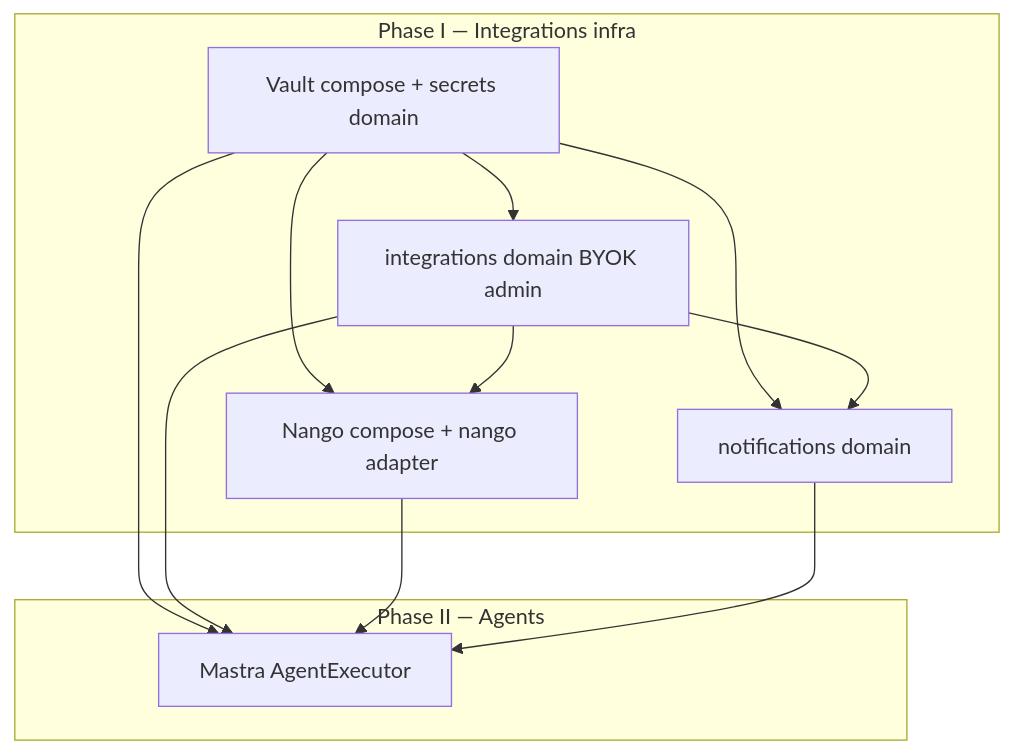
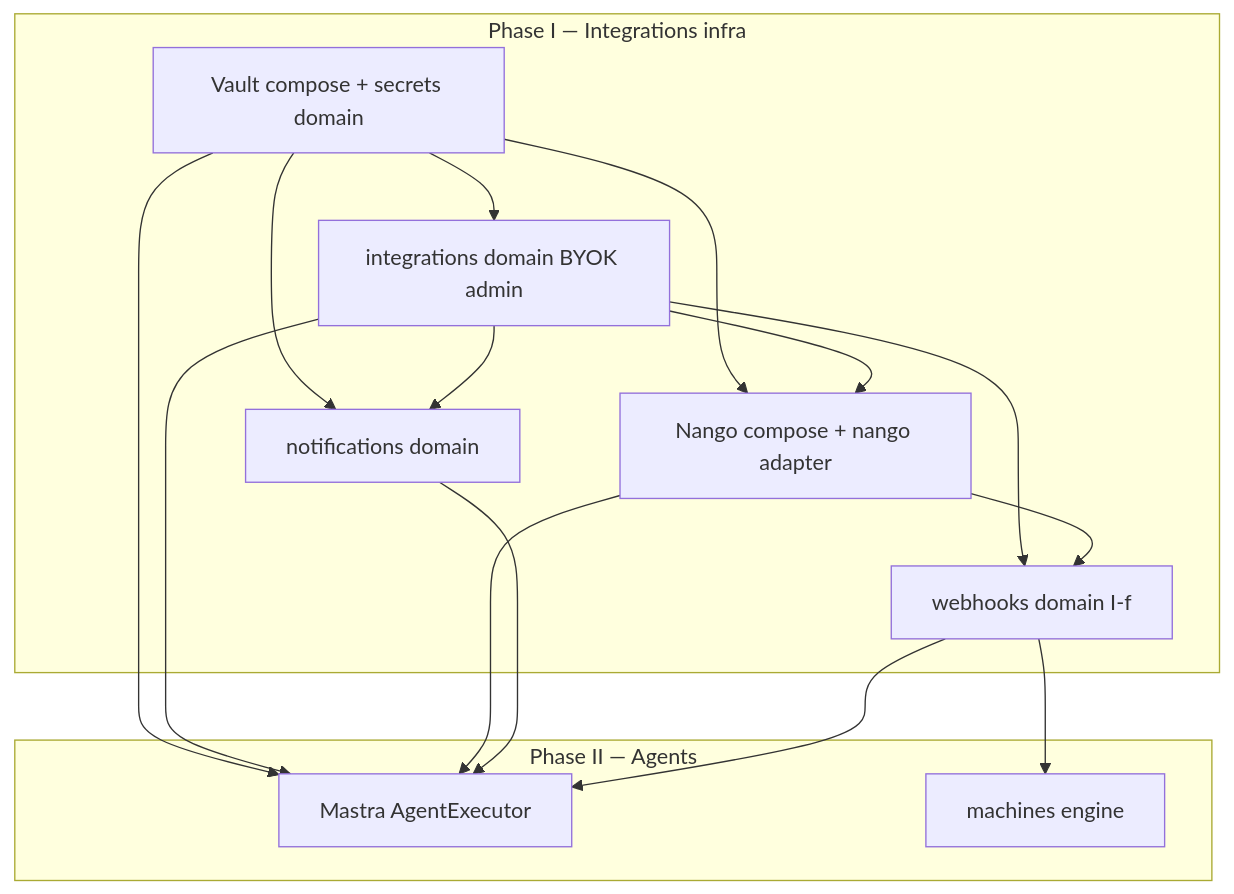
One commit to tomsebastiantom/noname changed the diagram in docs/2026-08-04/INTEGRATIONS-VAULT-NANGO-AGENTS-ROADMAP.md. Above: the diagram before and after it, drawn with Mermaid. The commit also changed other lines of this file and 42 other files, not shown here.

````diff
--- a/docs/2026-08-04/INTEGRATIONS-VAULT-NANGO-AGENTS-ROADMAP.md
+++ b/docs/2026-08-04/INTEGRATIONS-VAULT-NANGO-AGENTS-ROADMAP.md
@@ -274,21 +441,27 @@
 ```mermaid
 flowchart TD
   subgraph phase1 [Phase I — Integrations infra]
     V[Vault compose + secrets domain]
     INT[integrations domain BYOK admin]
     NOT[notifications domain]
     NAN[Nango compose + nango adapter]
     V --> INT
     V --> NOT
     INT --> NOT
     V --> NAN
     INT --> NAN
+    WH[webhooks domain I-f]
+    INT --> WH
+    NAN --> WH
   end
   subgraph phase2 [Phase II — Agents]
     M[Mastra AgentExecutor]
     V --> M
     INT --> M
     NAN --> M
     NOT --> M
+    WH --> M
+    MC[machines engine]
+    WH --> MC
   end
 ```
````
